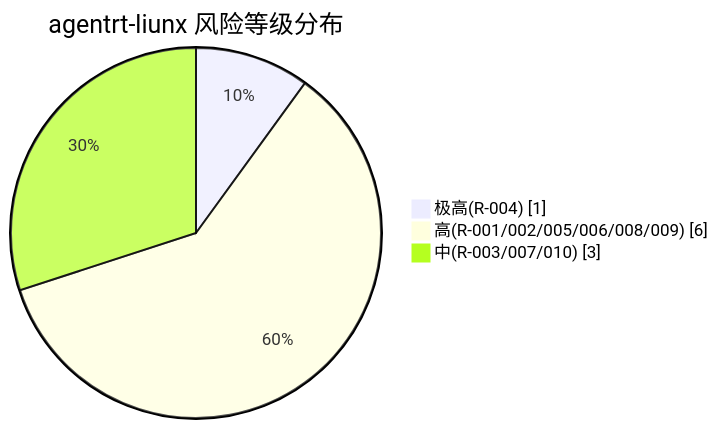
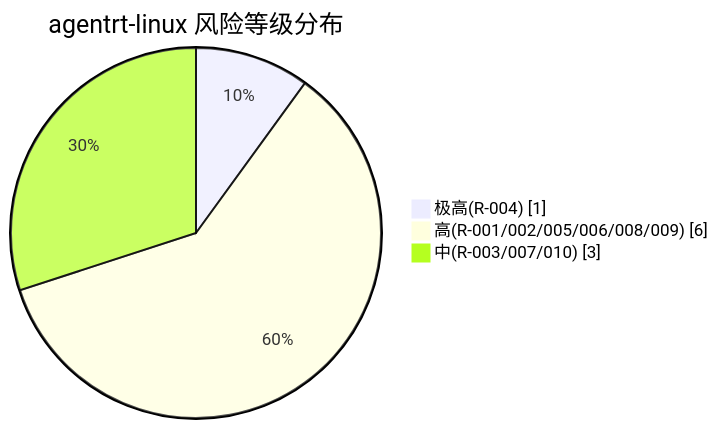
One commit to openairymax/docs changed the second of 3 diagrams in AirymaxOS/130-roadmap/05-risk-mitigation.md. Above: the diagram before and after it, drawn with Mermaid. The commit also changed other lines of this file and 75 other files, not shown here.

````diff
--- a/AirymaxOS/130-roadmap/05-risk-mitigation.md
+++ b/AirymaxOS/130-roadmap/05-risk-mitigation.md
@@ -263,7 +263,7 @@
 ```mermaid
 pie showData
-    title agentrt-liunx 风险等级分布
+    title agentrt-linux 风险等级分布
     "极高(R-004)" : 1
     "高(R-001/002/005/006/008/009)" : 6
     "中(R-003/007/010)" : 3
 ```
````
